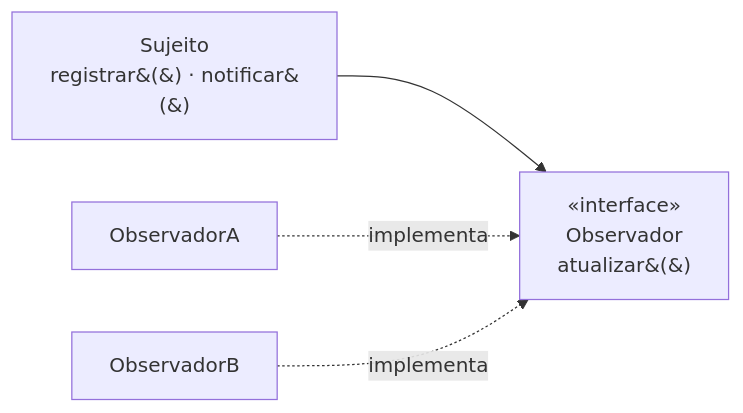
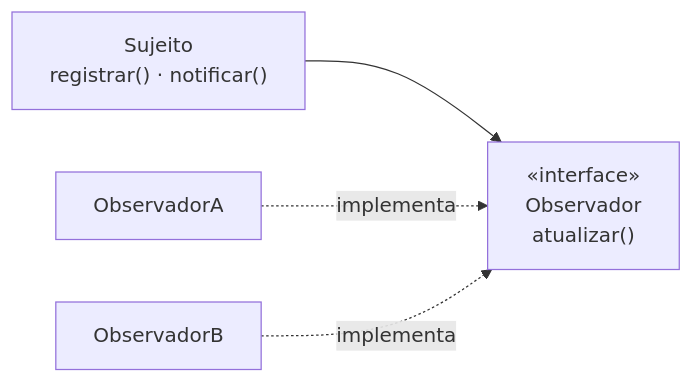
One commit to oadcavalcante/software-architecture-mastery changed the diagram in docs/03-design-patterns/observer.md. Above: the diagram before and after it, drawn with Mermaid. The commit also changed 27 other files, not shown here.

First line of the commit message:
diagramas: parenteses renderizando como &(&) e largura ilegivel no telefone

````diff
--- a/docs/03-design-patterns/observer.md
+++ b/docs/03-design-patterns/observer.md
@@ -46,6 +46,6 @@
 ```mermaid
 graph LR
-  S[Sujeito<br/>registrar&#40;&#41; · notificar&#40;&#41;] --> O["«interface»<br/>Observador<br/>atualizar&#40;&#41;"]
+  S["Sujeito<br/>registrar() · notificar()"] --> O["«interface»<br/>Observador<br/>atualizar()"]
   O1[ObservadorA] -.implementa.-> O
   O2[ObservadorB] -.implementa.-> O
 ```
````
